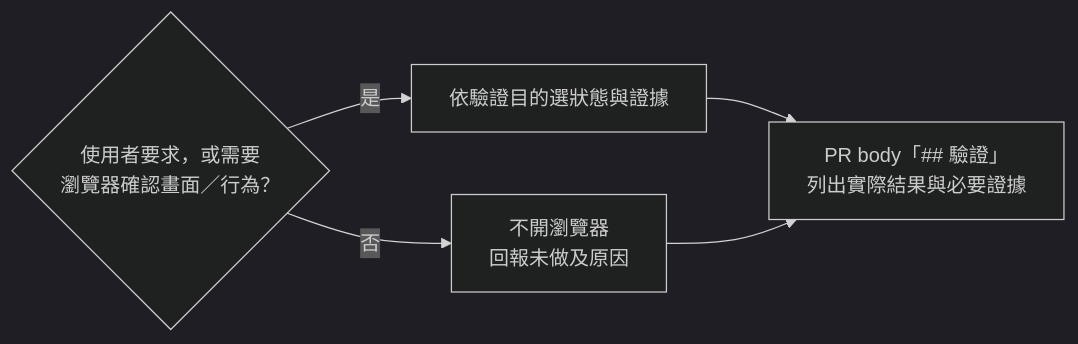
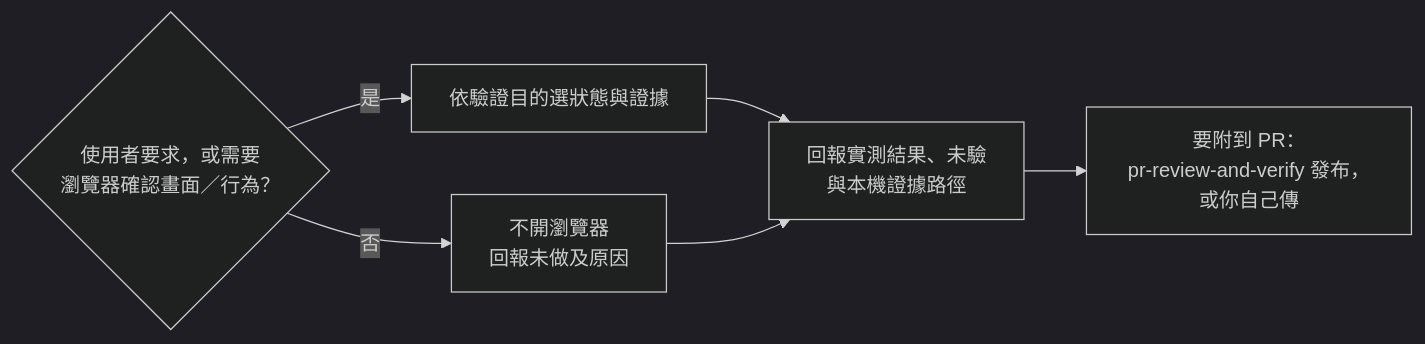
Before and after one commit to henry5720/agent-config: the diagram in docs/skills/verify-in-browser.md, drawn with Mermaid (dark theme). The commit also changed other lines of this file and 2 other files, not shown here.

````diff
--- a/docs/skills/verify-in-browser.md
+++ b/docs/skills/verify-in-browser.md
@@ -29,8 +29,9 @@
 ```mermaid
 flowchart LR
   D{"使用者要求，或需要<br/>瀏覽器確認畫面／行為？"}
   D -- 是 --> V["依驗證目的選狀態與證據"]
   D -- 否 --> S["不開瀏覽器<br/>回報未做及原因"]
-  V --> P["PR body「## 驗證」<br/>列出實際結果與必要證據"]
+  V --> P["回報實測結果、未驗<br/>與本機證據路徑"]
   S --> P
+  P --> U["要附到 PR：<br/>pr-review-and-verify 發布，或你自己傳"]
 ```
````
